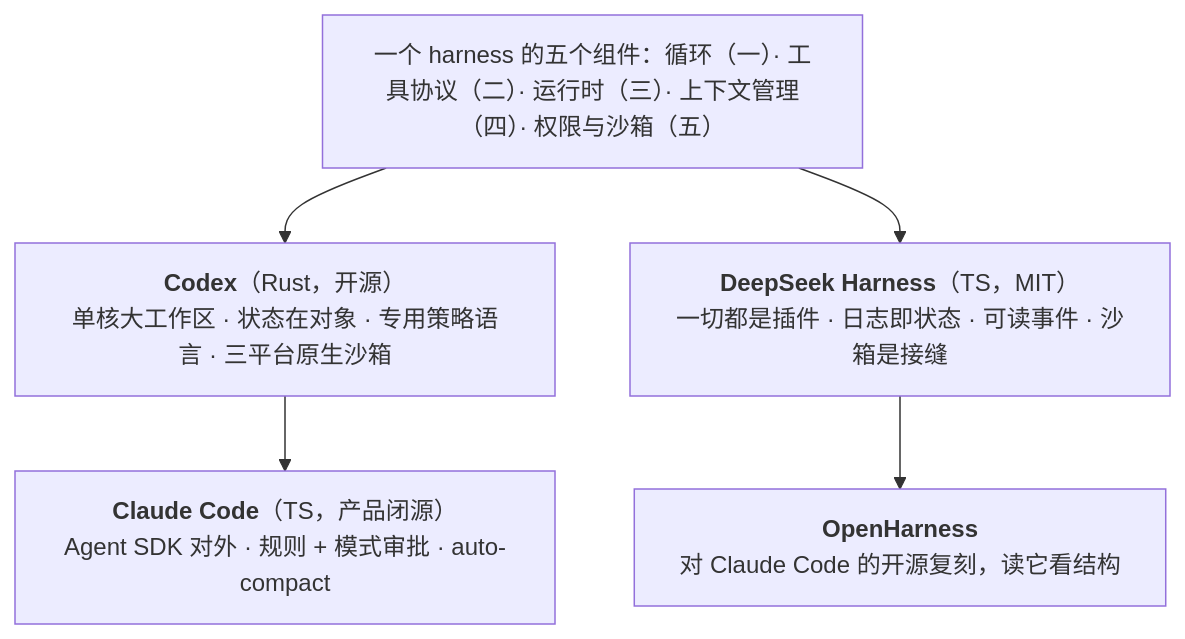
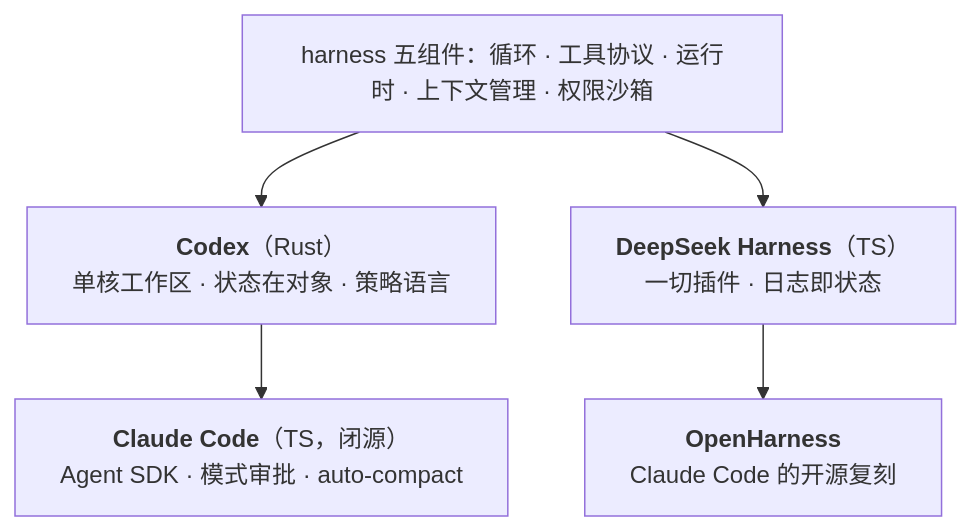
One commit to arganzheng/arganzheng.github.com changed the eighth of 10 diagrams in slides/2026-10-29-agent-and-harness.md. Above: the diagram before and after it, drawn with Mermaid. The commit also changed other lines of this file, not shown here.

Commit message:
slides(2026-10-29-agent-and-harness): 图内文字 ≥14px——标签缩短/拆分/Unicode 数学

````diff
--- a/slides/2026-10-29-agent-and-harness.md
+++ b/slides/2026-10-29-agent-and-harness.md
@@ -270,10 +274,10 @@
 ```mermaid
 %%{init: {"flowchart": {"wrappingWidth": 300}}}%%
 flowchart TB
-    H["一个 harness 的五个组件：循环（一）· 工具协议（二）· 运行时（三）· 上下文管理（四）· 权限与沙箱（五）"]
-    H --> C1["<b>Codex</b>（Rust，开源）<br/>单核大工作区 · 状态在对象 · 专用策略语言 · 三平台原生沙箱"]
-    H --> C2["<b>DeepSeek Harness</b>（TS，MIT）<br/>一切都是插件 · 日志即状态 · 可读事件 · 沙箱是接缝"]
-    C1 --> C3["<b>Claude Code</b>（TS，产品闭源）<br/>Agent SDK 对外 · 规则 + 模式审批 · auto-compact"]
-    C2 --> C4["<b>OpenHarness</b><br/>对 Claude Code 的开源复刻，读它看结构"]
+    H["harness 五组件：循环 · 工具协议 · 运行时 · 上下文管理 · 权限沙箱"]
+    H --> C1["<b>Codex</b>（Rust）<br/>单核工作区 · 状态在对象 · 策略语言"]
+    H --> C2["<b>DeepSeek Harness</b>（TS）<br/>一切插件 · 日志即状态"]
+    C1 --> C3["<b>Claude Code</b>（TS，闭源）<br/>Agent SDK · 模式审批 · auto-compact"]
+    C2 --> C4["<b>OpenHarness</b><br/>Claude Code 的开源复刻"]
 
 ```
````
